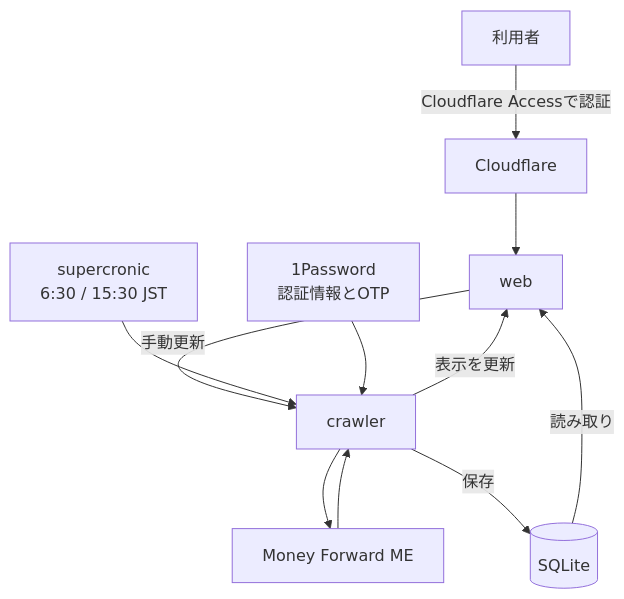
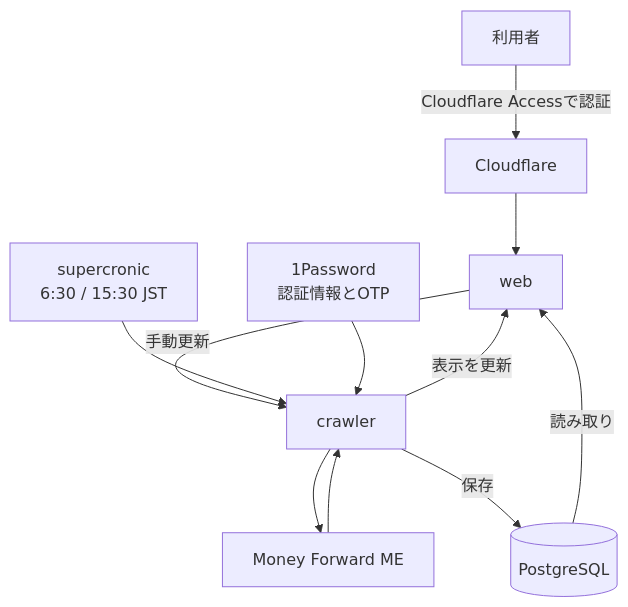
Before and after one commit to ahalcyon/mf-dashboard: the diagram in README.md, drawn with Mermaid. The commit also changed other lines of this file and 32 other files, not shown here.

````diff
--- a/README.md
+++ b/README.md
@@ -65,13 +65,13 @@
 ```mermaid
 flowchart TD
     U[利用者] -->|Cloudflare Accessで認証| T[Cloudflare]
     T --> W[web]
     W -->|手動更新| C[crawler]
     S[supercronic<br/>6:30 / 15:30 JST] --> C
     O[1Password<br/>認証情報とOTP] --> C
     C --> M[Money Forward ME]
     M --> C
-    C -->|保存| D[(SQLite)]
+    C -->|保存| D[(PostgreSQL)]
     D -->|読み取り| W
     C -->|表示を更新| W
 ```
````
